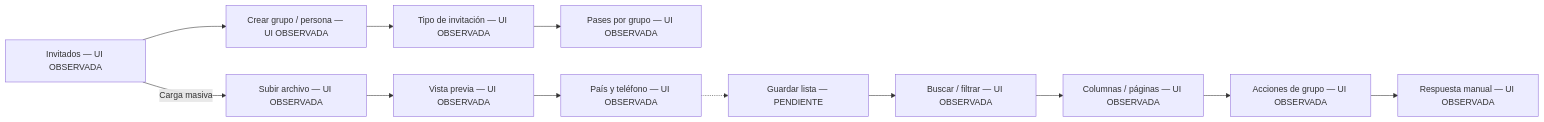
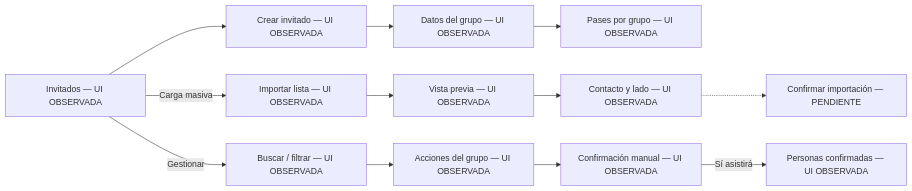
One commit to ZpectralCrystals/nupcial-saas changed the diagram in docs/diagrams/client-guests.mmd. Above: the diagram before and after it, drawn with Mermaid. The commit also changed 52 other files, not shown here.

```diff
--- a/docs/diagrams/client-guests.mmd
+++ b/docs/diagrams/client-guests.mmd
@@ -1,24 +1,24 @@
 flowchart LR
   entry["Invitados — UI OBSERVADA"]
-  add["Crear grupo / persona — UI OBSERVADA"]
-  kind["Tipo de invitación — UI OBSERVADA"]
+  add["Crear invitado — UI OBSERVADA"]
+  fields["Datos del grupo — UI OBSERVADA"]
   limit["Pases por grupo — UI OBSERVADA"]
-  import["Subir archivo — UI OBSERVADA"]
+  import["Importar lista — UI OBSERVADA"]
   preview["Vista previa — UI OBSERVADA"]
-  phone["País y teléfono — UI OBSERVADA"]
-  store["Guardar lista — PENDIENTE"]
+  phone["Contacto y lado — UI OBSERVADA"]
+  commit["Confirmar importación — PENDIENTE"]
   filter["Buscar / filtrar — UI OBSERVADA"]
-  columns["Columnas / páginas — UI OBSERVADA"]
-  actions["Acciones de grupo — UI OBSERVADA"]
-  manual["Respuesta manual — UI OBSERVADA"]
+  actions["Acciones del grupo — UI OBSERVADA"]
+  manual["Confirmación manual — UI OBSERVADA"]
+  attendees["Personas confirmadas — UI OBSERVADA"]
   entry --> add
-  add --> kind
-  kind --> limit
+  add --> fields
+  fields --> limit
   entry -->|"Carga masiva"| import
   import --> preview
   preview --> phone
-  phone -.-> store
-  store --> filter
-  filter --> columns
-  columns --> actions
+  phone -.-> commit
+  entry -->|"Gestionar"| filter
+  filter --> actions
   actions --> manual
+  manual -->|"Sí asistirá"| attendees
```
